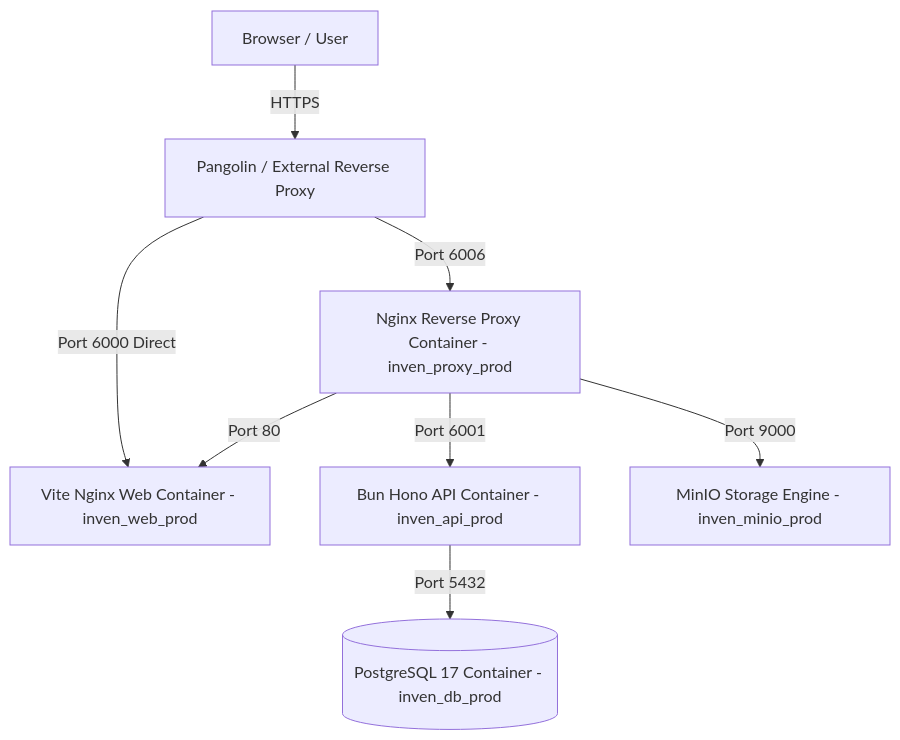
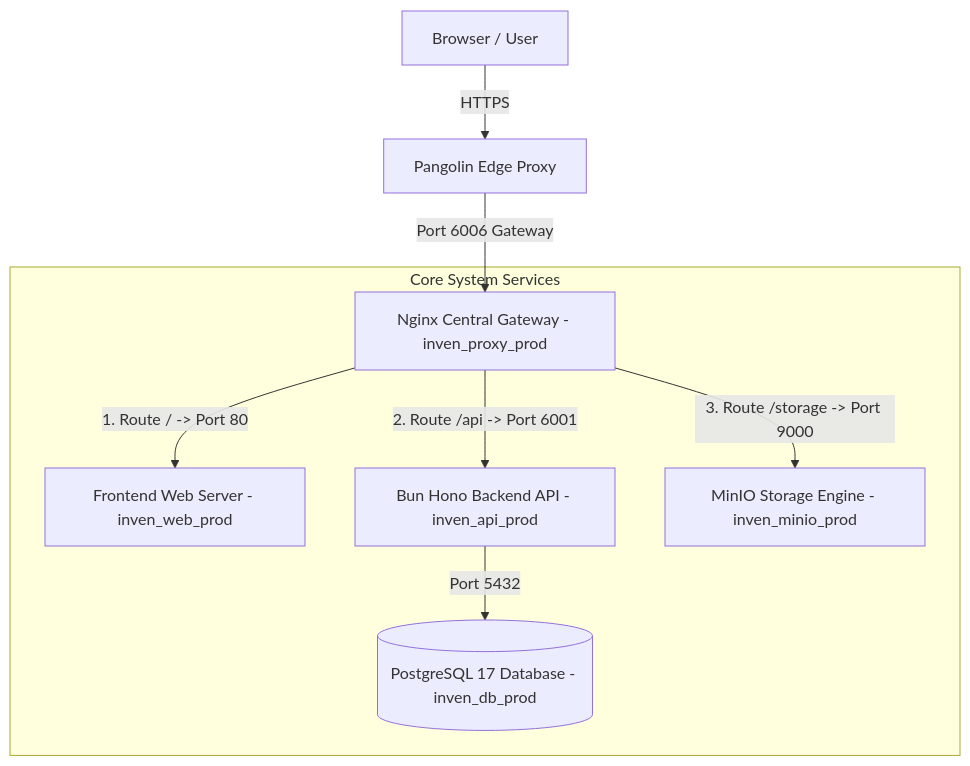
The diagram in README.md (kruntum/inven-report-system), drawn with Mermaid before and after one commit.

Commit message:
docs: simplify architecture Mermaid diagram in README.md

````diff
--- a/README.md
+++ b/README.md
@@ -135,10 +135,12 @@
 ```mermaid
 graph TD
-    Client[Browser / User] -->|HTTPS| Pangolin[Pangolin / External Reverse Proxy]
-    Pangolin -->|Port 6006| Proxy[Nginx Reverse Proxy Container - inven_proxy_prod]
-    Pangolin -->|Port 6000 Direct| Web[Vite Nginx Web Container - inven_web_prod]
-    Proxy -->|Port 80| Web
-    Proxy -->|Port 6001| API[Bun Hono API Container - inven_api_prod]
-    Proxy -->|Port 9000| MinIO[MinIO Storage Engine - inven_minio_prod]
-    API -->|Port 5432| DB[(PostgreSQL 17 Container - inven_db_prod)]
+    Client[Browser / User] -->|HTTPS| Pangolin[Pangolin Edge Proxy]
+    Pangolin -->|Port 6006 Gateway| Proxy[Nginx Central Gateway - inven_proxy_prod]
+    
+    subgraph Core System Services
+        Proxy -->|1. Route / -> Port 80| Web[Frontend Web Server - inven_web_prod]
+        Proxy -->|2. Route /api -> Port 6001| API[Bun Hono Backend API - inven_api_prod]
+        Proxy -->|3. Route /storage -> Port 9000| MinIO[MinIO Storage Engine - inven_minio_prod]
+        API -->|Port 5432| DB[(PostgreSQL 17 Database - inven_db_prod)]
+    end
 ```
````
